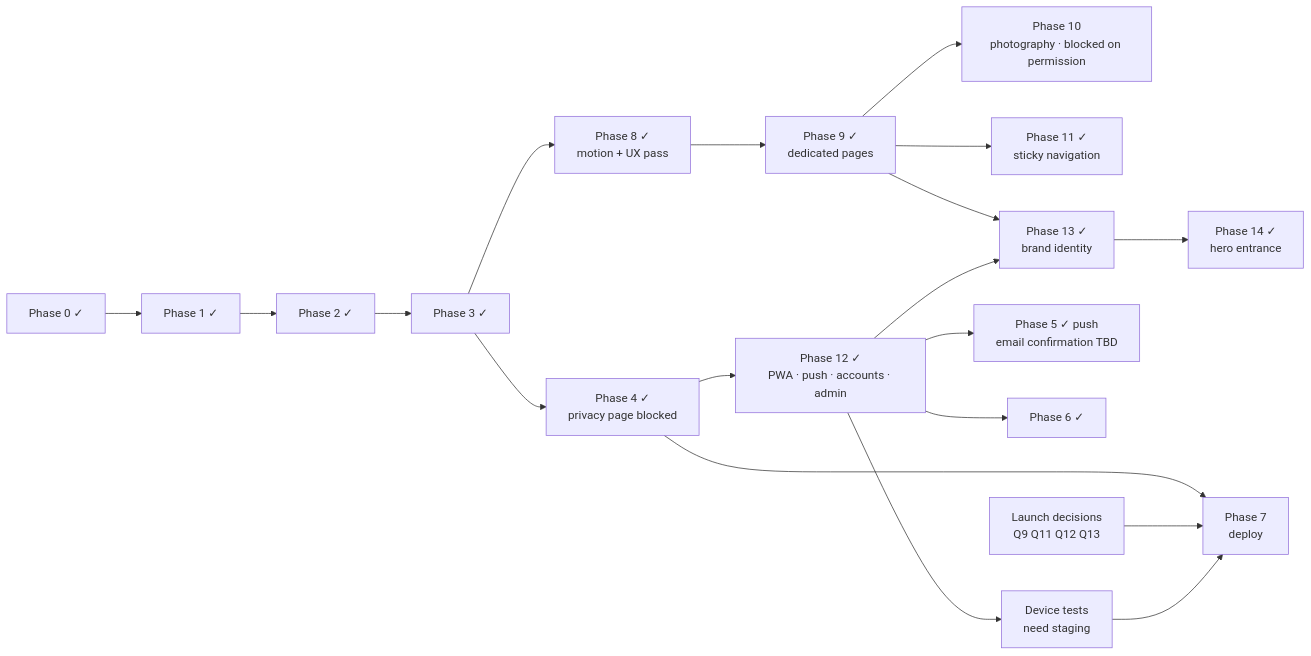
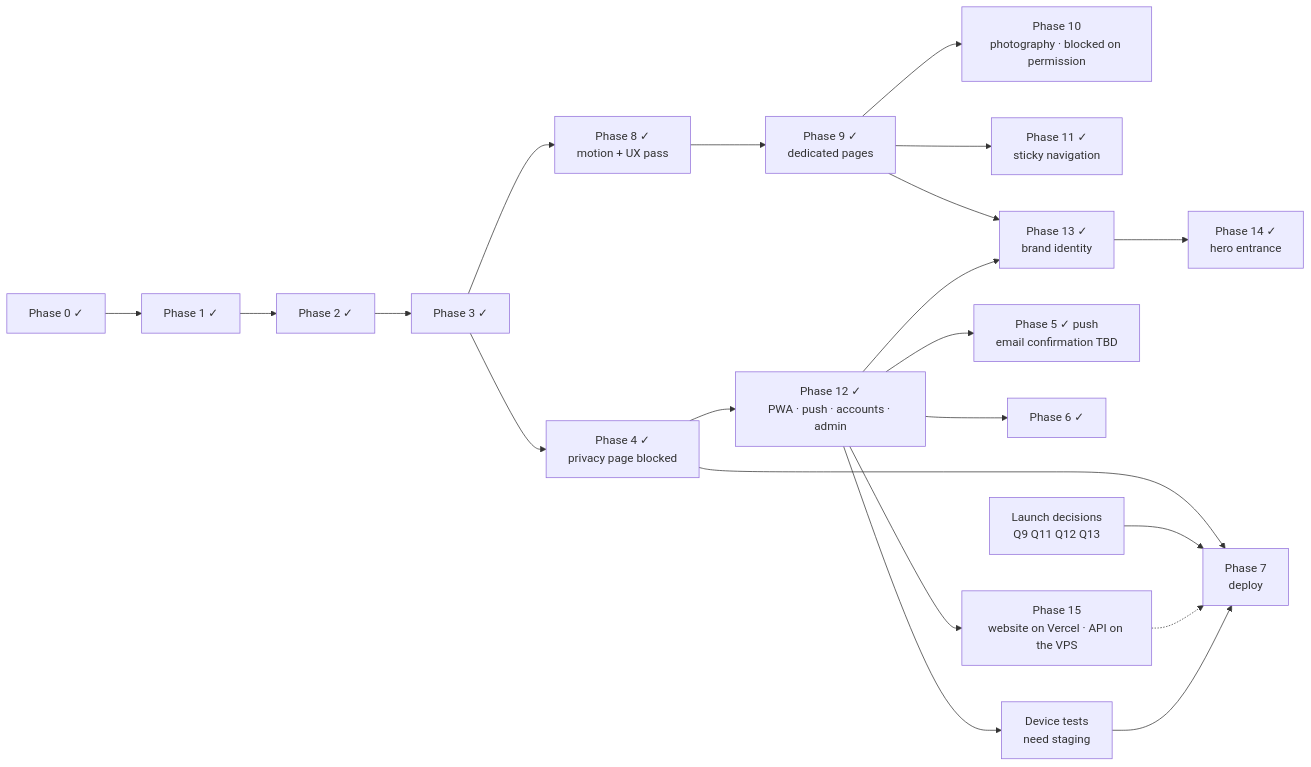
Before and after one commit to E310-Tech-Team/nyaya-sop: the diagram in docs/06-Implementation-Plan.md, drawn with Mermaid. The commit also changed other lines of this file and 24 other files, not shown here.

First line of the commit message:
Deploy the website on Vercel with the API on the VPS

````diff
--- a/docs/06-Implementation-Plan.md
+++ b/docs/06-Implementation-Plan.md
@@ -240,21 +254,23 @@
 ```mermaid
 flowchart LR
     P0[Phase 0 ✓] --> P1[Phase 1 ✓]
     P1 --> P2[Phase 2 ✓]
     P2 --> P3[Phase 3 ✓]
     P3 --> P4[Phase 4 ✓<br/>privacy page blocked]
     P3 --> P8[Phase 8 ✓<br/>motion + UX pass]
     P8 --> P9[Phase 9 ✓<br/>dedicated pages]
     P9 --> P10[Phase 10<br/>photography · blocked on permission]
     P9 --> P11[Phase 11 ✓<br/>sticky navigation]
     P4 --> P7[Phase 7<br/>deploy]
     Q[Launch decisions<br/>Q9 Q11 Q12 Q13] --> P7
     P4 --> P12[Phase 12 ✓<br/>PWA · push · accounts · admin]
     P12 --> P5[Phase 5 ✓ push<br/>email confirmation TBD]
     P12 --> P6[Phase 6 ✓]
     P12 --> DEV[Device tests<br/>need staging]
     P9 --> P13[Phase 13 ✓<br/>brand identity]
     P12 --> P13
     P13 --> P14[Phase 14 ✓<br/>hero entrance]
+    P12 --> P15[Phase 15<br/>website on Vercel · API on the VPS]
+    P15 -.-> P7
     DEV --> P7
 ```
````
